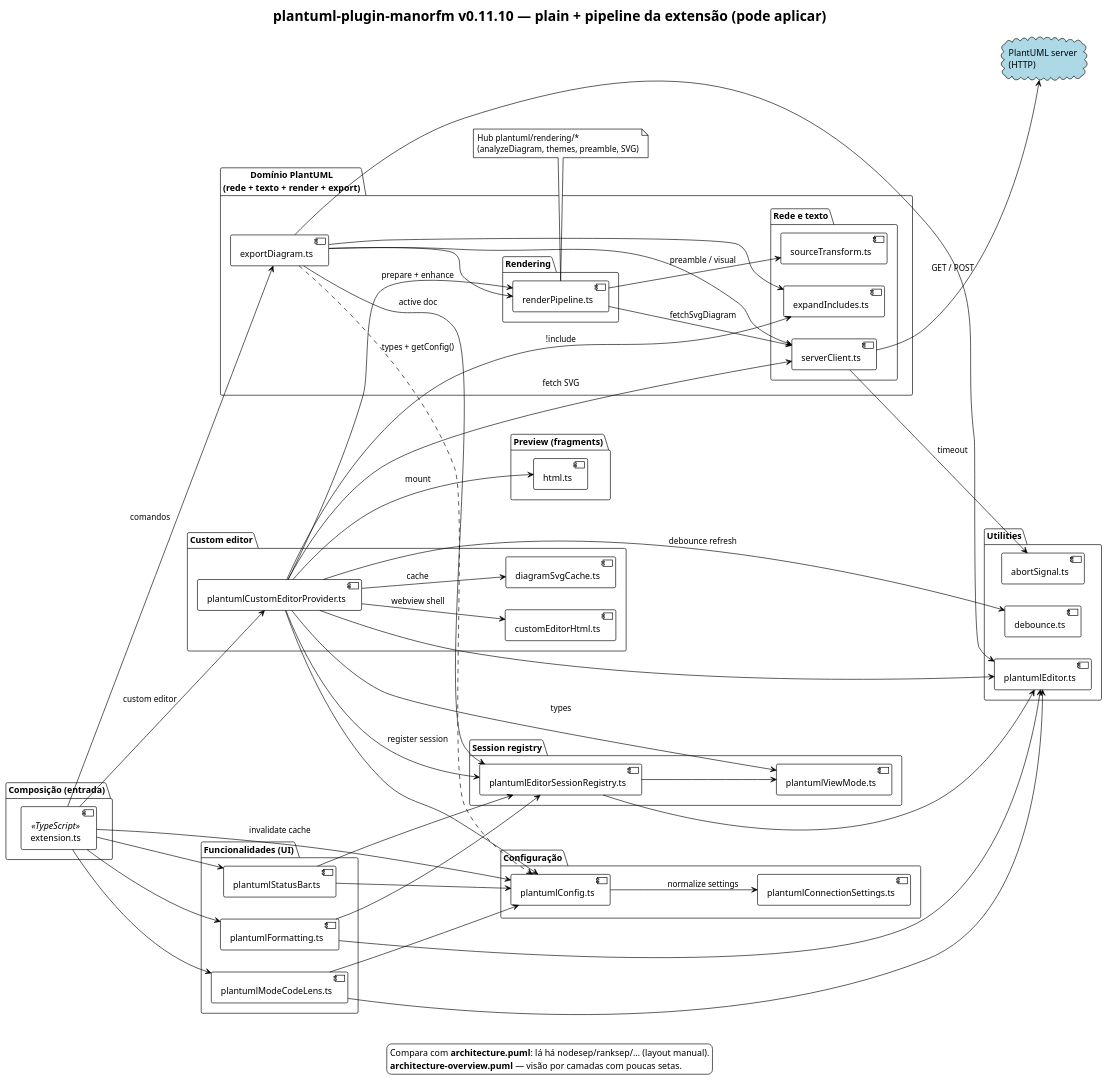
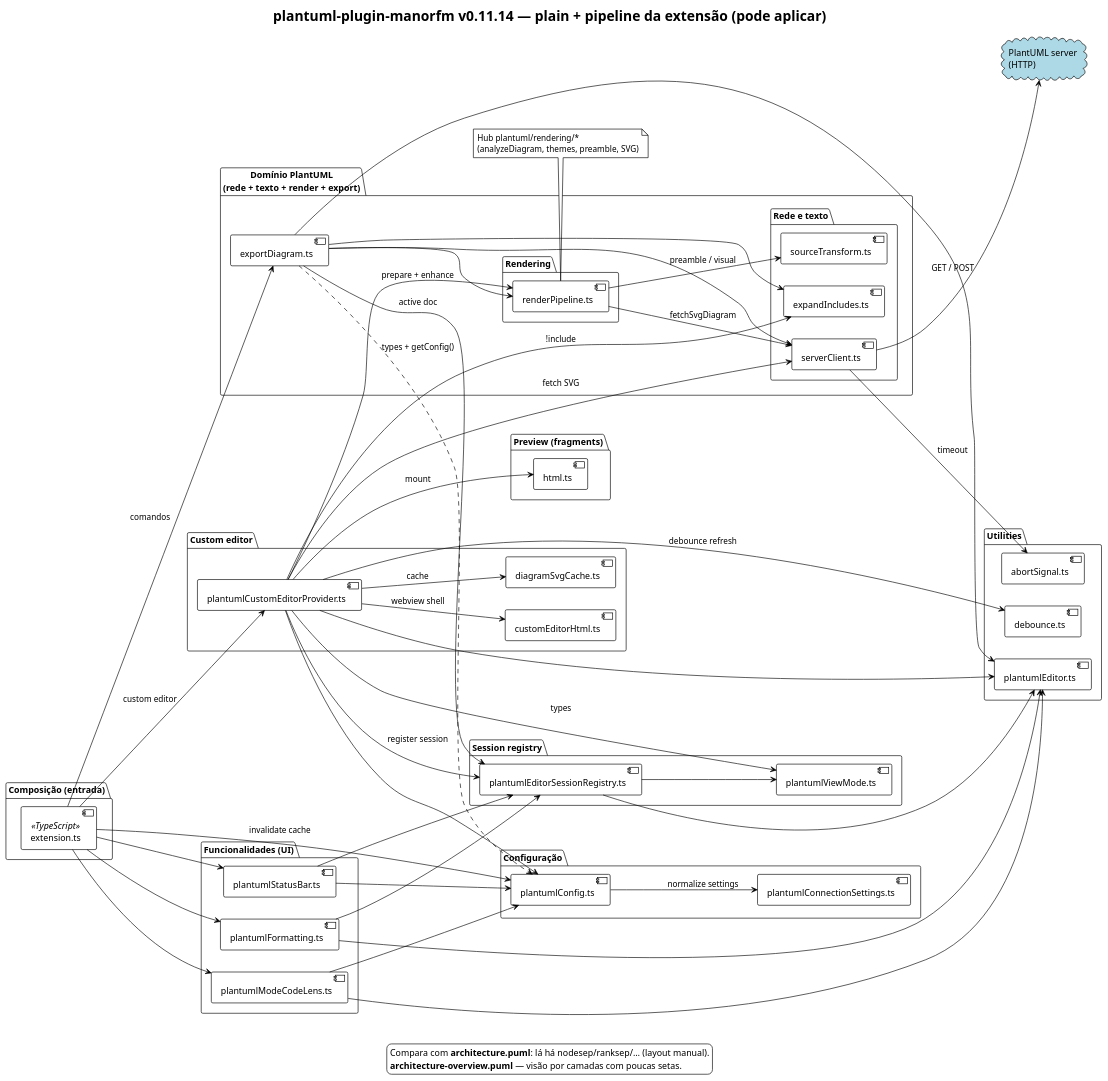
One commit to manorfm/plantuml-plugin changed the diagram in examples/architecture-theme-plain-pipeline.puml. Above: the diagram before and after it, drawn with PlantUML. The commit also changed 13 other files, not shown here.

```diff
--- a/examples/architecture-theme-plain-pipeline.puml
+++ b/examples/architecture-theme-plain-pipeline.puml
@@ -1,118 +1,118 @@
 @startuml
 ' === Variante A: !theme plain + diagrama SEM skinparam de layout ===
 ' Visão compacta: examples/architecture-overview.puml
 ' Mesma topologia que architecture.puml; sem nodesep/ranksep/… (pipeline visual da extensão).
 ' docs/architecture-diagrams.md
 ' !theme = motor PlantUML: https://plantuml.com/theme
 ' Nunca uses aqui: modern-dark, glass, minimal, none (só em Settings).
 !theme plain
 
-title plantuml-plugin-manorfm v0.11.10 — plain + pipeline da extensão (pode aplicar)
+title plantuml-plugin-manorfm v0.11.14 — plain + pipeline da extensão (pode aplicar)
 
 left to right direction
 
 package "Composição (entrada)" {
   component [extension.ts] as EXT <<TypeScript>>
 }
 
 package "Funcionalidades (UI)" {
   component [plantumlStatusBar.ts] as SBR
   component [plantumlModeCodeLens.ts] as CL
   component [plantumlFormatting.ts] as FMT
 }
 
 package "Configuração" {
   component [plantumlConfig.ts] as CFG
   component [plantumlConnectionSettings.ts] as PCS
 }
 
 package "Utilities" {
   component [abortSignal.ts] as AB
   component [debounce.ts] as DB
   component [plantumlEditor.ts] as PUE
 }
 
 package "Session registry" {
   component [plantumlEditorSessionRegistry.ts] as ESR
   component [plantumlViewMode.ts] as VM
 }
 
 package "Custom editor" {
   component [plantumlCustomEditorProvider.ts] as CEP
   component [customEditorHtml.ts] as CEH
   component [diagramSvgCache.ts] as DSC
 }
 
 package "Preview (fragments)" {
   component [html.ts] as HTML
 }
 
 package "Domínio PlantUML\n(rede + texto + render + export)" as DOM {
   package "Rendering" {
     component [renderPipeline.ts] as RP
   }
   package "Rede e texto" {
     component [serverClient.ts] as SC
     component [expandIncludes.ts] as INC
     component [sourceTransform.ts] as ST
   }
   component [exportDiagram.ts] as EXP
 }
 
 note bottom of RP
   Hub plantuml/rendering/*
   (analyzeDiagram, themes, preamble, SVG)
 end note
 
 cloud "PlantUML server\n(HTTP)" as SRV #LightBlue
 
 EXT --> CEP : custom editor
 EXT --> SBR
 EXT --> CL
 EXT --> FMT
 EXT --> EXP : comandos
 EXT --> CFG : invalidate cache
 
 CFG --> PCS : normalize settings
 
 SBR --> CFG
 SBR --> ESR
 CL --> CFG
 CL --> PUE
 FMT --> ESR
 FMT --> PUE
 
 CEP --> CEH : webview shell
 CEP --> INC : !include
 CEP --> SC : fetch SVG
 CEP --> HTML : mount
 CEP --> CFG
 CEP --> RP : prepare + enhance
 CEP --> DSC : cache
 CEP --> DB : debounce refresh
 CEP --> ESR : register session
 CEP --> PUE
 CEP --> VM : types
 
 ESR --> PUE
 ESR --> VM
 
 RP --> SC : fetchSvgDiagram
 RP --> ST : preamble / visual
 
 SC --> AB : timeout
 SC --> SRV : GET / POST
 
 EXP --> INC
 EXP --> SC
 EXP --> RP
 EXP --> ESR : active doc
 EXP --> PUE
 EXP ..> CFG : types + getConfig()
 
 legend bottom
   Compara com **architecture.puml**: lá há nodesep/ranksep/… (layout manual).
   **architecture-overview.puml** — visão por camadas com poucas setas.
 endlegend
 
 @enduml
```
